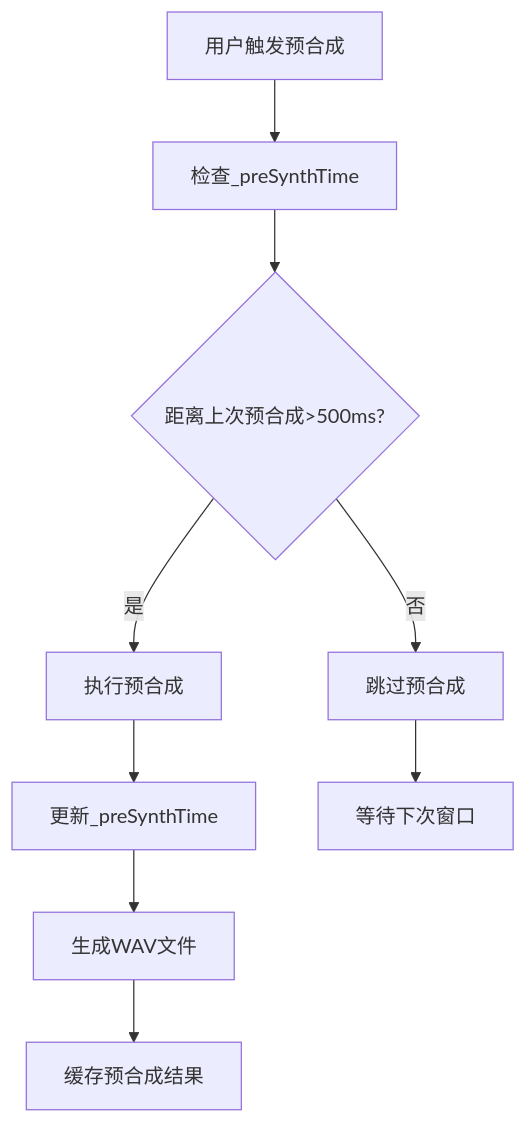
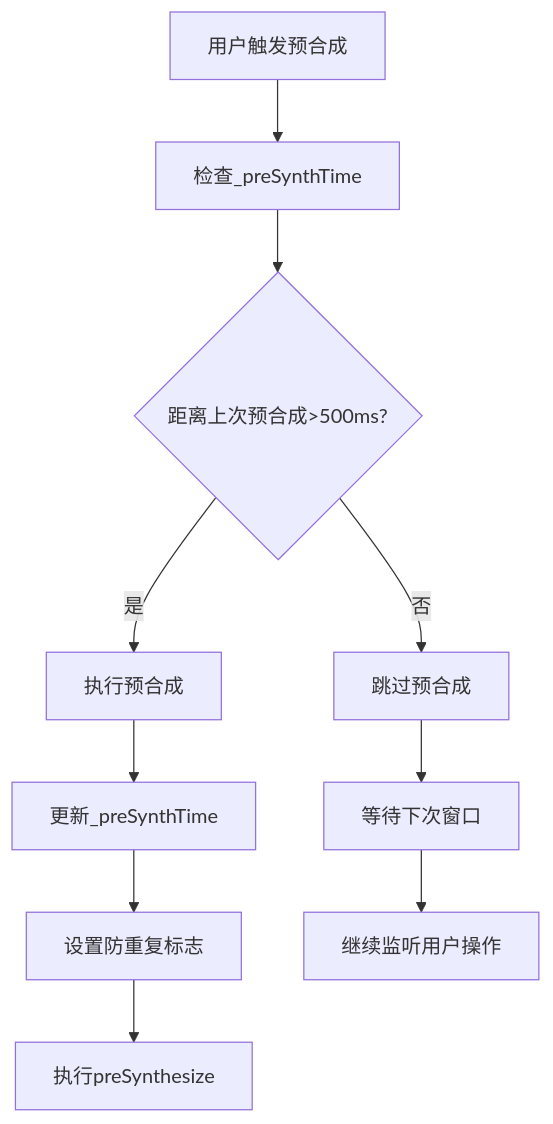
The tenth of 13 diagrams in .qoder/repowiki/zh/content/移动应用开发/TTS静态实例管理系统.md (zhao-zg/cx), drawn with Mermaid before and after one commit. The commit also changed other lines of this file and 31 other files, not shown here.

````diff
--- a/.qoder/repowiki/zh/content/移动应用开发/TTS静态实例管理系统.md
+++ b/.qoder/repowiki/zh/content/移动应用开发/TTS静态实例管理系统.md
@@ -415,11 +433,12 @@
 ```mermaid
 flowchart TD
 A[用户触发预合成] --> B[检查_preSynthTime]
 B --> C{距离上次预合成>500ms?}
 C --> |是| D[执行预合成]
 C --> |否| E[跳过预合成]
 D --> F[更新_preSynthTime]
-F --> G[生成WAV文件]
-G --> H[缓存预合成结果]
+F --> G[设置防重复标志]
+G --> H[执行preSynthesize]
 E --> I[等待下次窗口]
+I --> J[继续监听用户操作]
 ```
````
